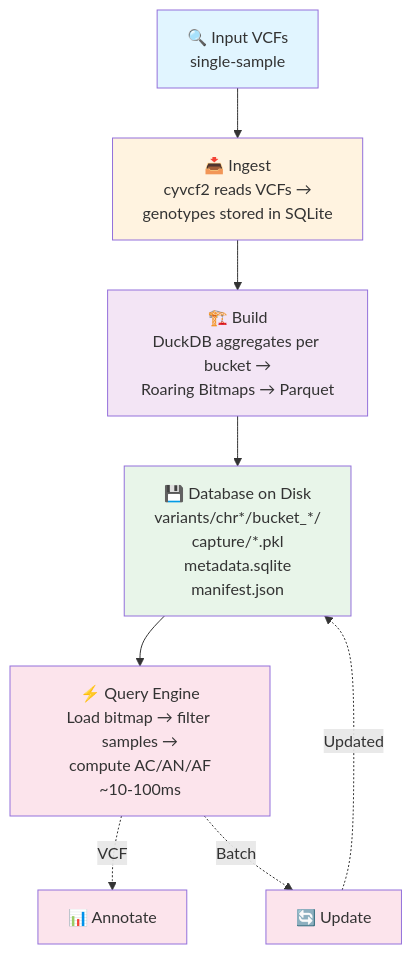
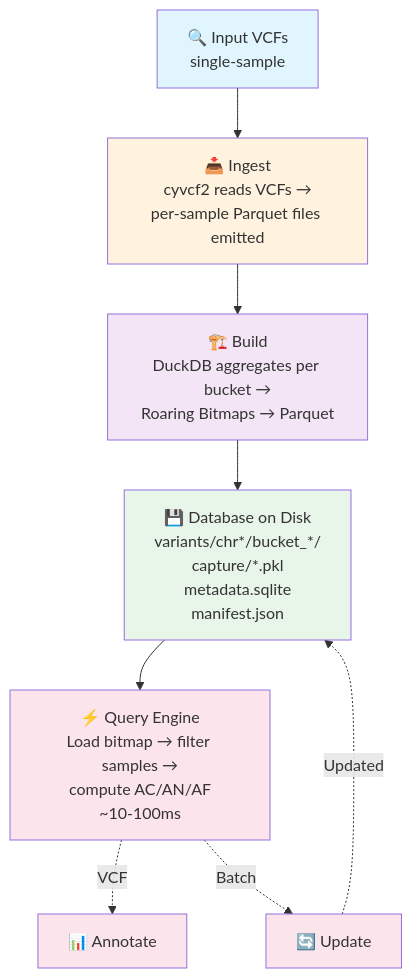
The second of 2 diagrams in docs/index.md (dlopez-bioinfo/afquery), drawn with Mermaid before and after one commit. The commit also changed other lines of this file and 11 other files, not shown here.

````diff
--- a/docs/index.md
+++ b/docs/index.md
@@ -108,26 +108,26 @@
 ```mermaid
 graph TD
     A["🔍 Input VCFs<br/>single-sample"]
-    B["📥 Ingest<br/>cyvcf2 reads VCFs →<br/>genotypes stored in SQLite"]
+    B["📥 Ingest<br/>cyvcf2 reads VCFs →<br/>per-sample Parquet files emitted"]
     C["🏗️ Build<br/>DuckDB aggregates per bucket →<br/>Roaring Bitmaps → Parquet"]
     D["💾 Database on Disk<br/>variants/chr*/bucket_*/<br/>capture/*.pkl<br/>metadata.sqlite<br/>manifest.json"]
     E["⚡ Query Engine<br/>Load bitmap → filter samples →<br/>compute AC/AN/AF<br/>~10-100ms"]
     F["📊 Annotate"]
     G["🔄 Update"]
 
     A --> B
     B --> C
     C --> D
     D --> E
     E -.->|VCF| F
     E -.->|Batch| G
     G -.->|Updated| D
 
     style A fill:#e1f5ff
     style B fill:#fff3e0
     style C fill:#f3e5f5
     style D fill:#e8f5e9
     style E fill:#fce4ec
     style F fill:#fce4ec
     style G fill:#fce4ec
 ```
````
